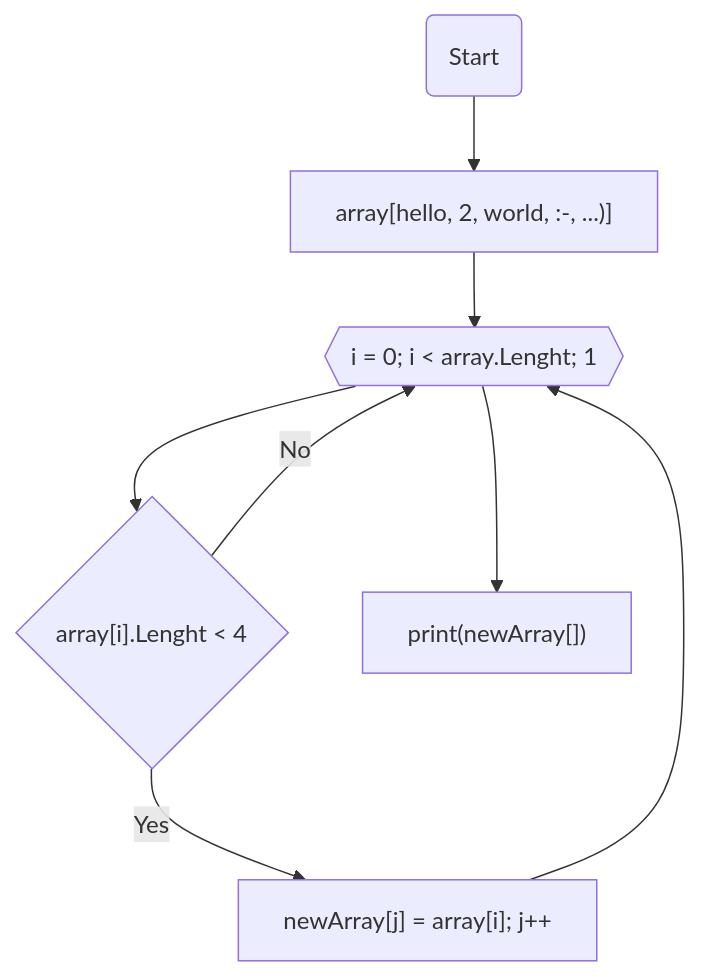
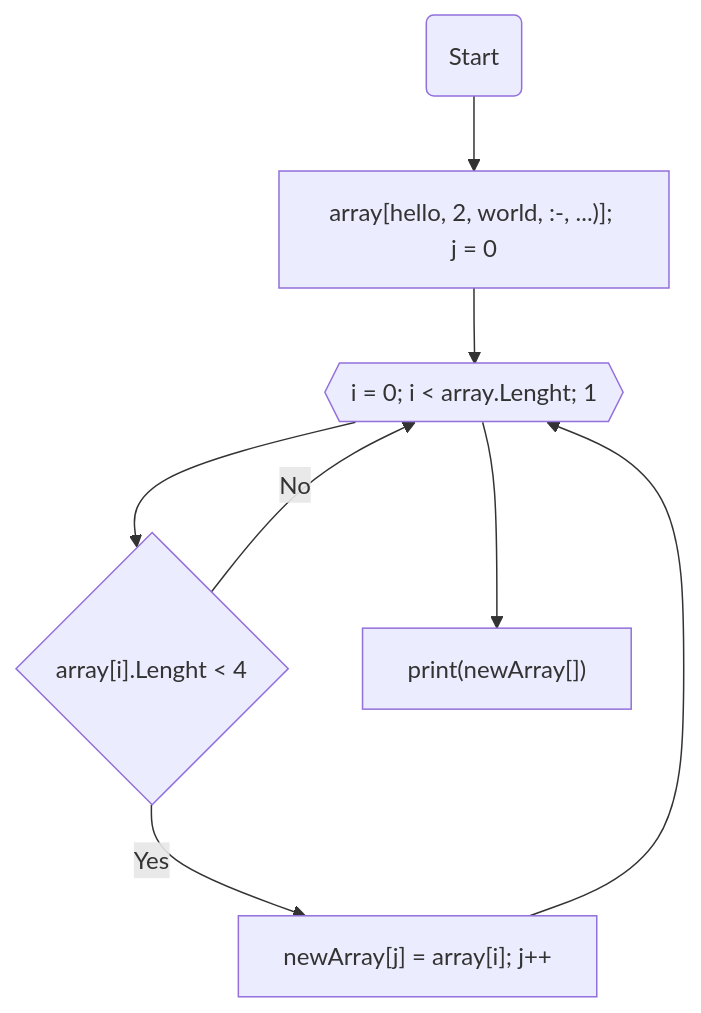
The diagram in README.md (Adalberto777/FinalTestWork), drawn with Mermaid before and after one commit.

Commit message:
block diagram

````diff
--- a/README.md
+++ b/README.md
@@ -14,10 +14,10 @@
 ```mermaid
   graph TB;       
     node1(Start)  --> node2["array[hello, 2, world, :-, ...)]; j = 0"];
-    node2["array[hello, 2, world, :-, ...)]"] --> node3{{"i = 0; i < array.Lenght; 1"}};
+    node2["array[hello, 2, world, :-, ...)]; j = 0"] --> node3{{"i = 0; i < array.Lenght; 1"}};
     node3{{"i = 0; i < array.Lenght; 1"}} --> node4{"array[i].Lenght < 4"};
     node4{"array[i].Lenght < 4"} -- Yes --> node5["newArray[j] = array[i]; j++"];
     node5["newArray[j] = array[i]; j++"] --> node3{{"i = 0; i < array.Lenght; 1"}};
     node4{"array[i].Lenght < 4"} -- No --> node3{{"i=0; i<array.Lenght;1"}};
     node3{{"i = 0; i < array.Lenght; 1"}} --> node6["print(newArray[])"];
 ```
````
